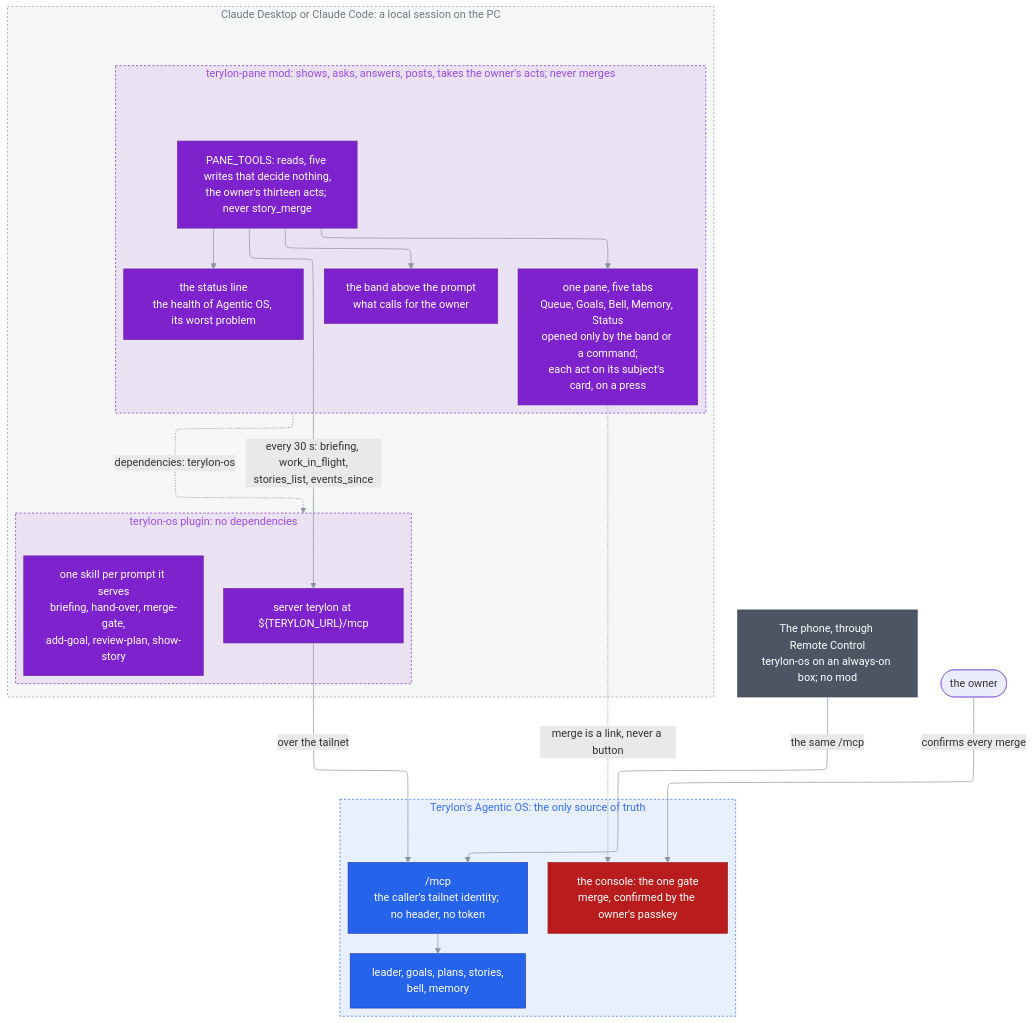
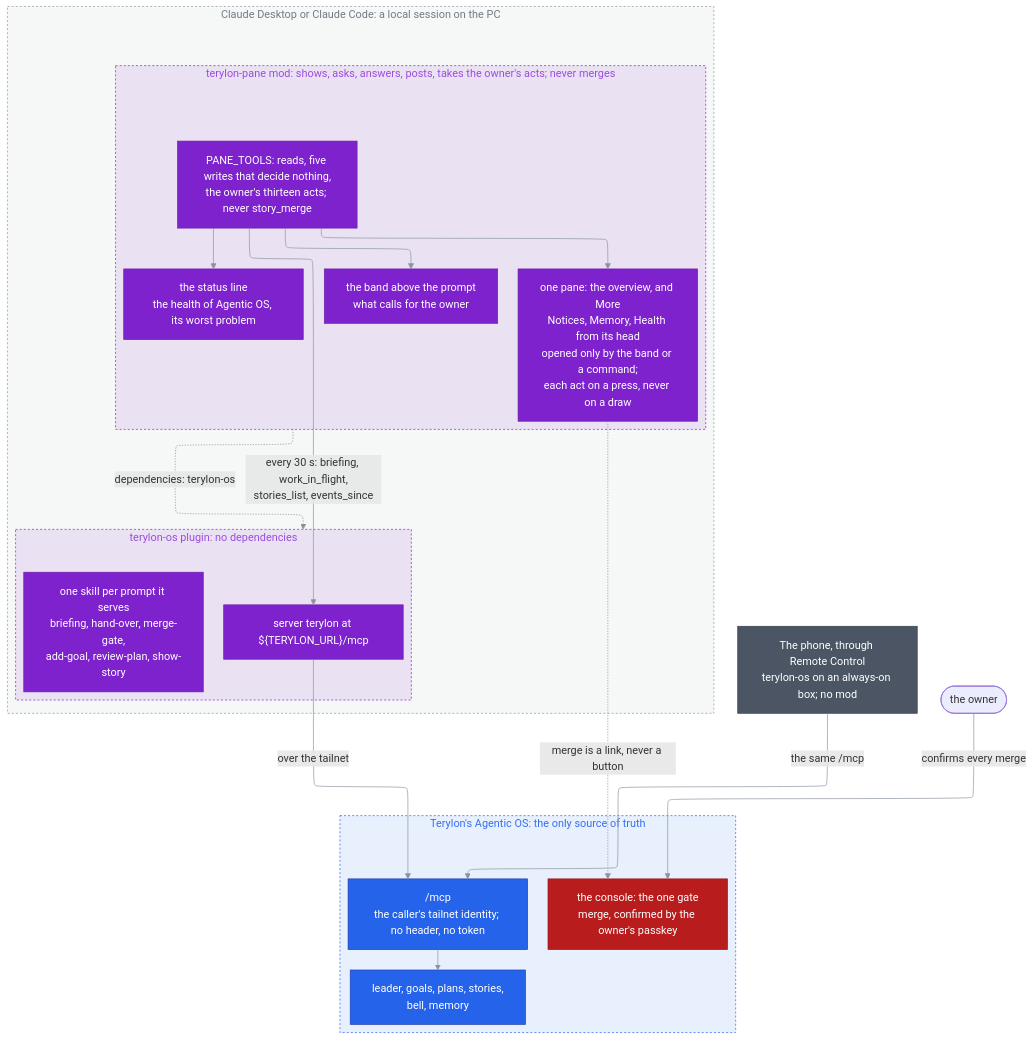
Before and after one commit to janecekvit/terylon-marketplace: the second of 2 diagrams in docs/architecture/README.md, drawn with Mermaid. The commit also changed other lines of this file and 63 other files, not shown here.

First line of the commit message:
Terylon Cockpit 1.20.5: one page of cards on the Flow pattern, a road per goal, and a test mode (#72)

````diff
--- a/docs/architecture/README.md
+++ b/docs/architecture/README.md
@@ -107,72 +107,72 @@
 ```mermaid
 flowchart TD
 %%{init: {"layout": "elk", "flowchart": {"padding": 16}}}%%
 %% terylon-os and its mod terylon-pane: how a session reaches Terylon's Agentic OS, the owner's
 %% acts the pane takes on their cards, and why merge, the one gate, stays in the console.
 %% The source of truth is this block: edit it here; nothing is generated from it.
 %% Why every surface goes through the one /mcp: one-source-of-truth-reached-from-two-places.md.
     %% One colour per kind, the palette of .claude/rules/markdown.md: Terylon's own plugins (purple),
     %% Agentic OS (blue), the gate (red), the phone (grey); the owner takes the theme's.
     %% No theme is set, so GitHub draws the block in its light or dark theme.
     classDef terylon fill:#7E22CE,stroke:#6B21A8,color:#FFFFFF
     classDef service fill:#2563EB,stroke:#1E40AF,color:#FFFFFF
     classDef gate fill:#B91C1C,stroke:#991B1B,color:#FFFFFF
     classDef external fill:#4B5563,stroke:#374151,color:#FFFFFF
 
     subgraph session ["Claude Desktop or Claude Code: a local session on the PC"]
         subgraph os ["terylon-os plugin: no dependencies"]
             %% The variable is drawn as written: Mermaid substitutes nothing inside a label.
             server["server terylon at ${TERYLON_URL}/mcp"]:::terylon
             skills["`one skill per prompt it serves
 briefing, hand-over, merge-gate,
 add-goal, review-plan, show-story`"]:::terylon
         end
 
         subgraph pane ["terylon-pane mod: shows, asks, answers, posts, takes the owner's acts; never merges"]
             allowList["`PANE_TOOLS: reads, five writes that decide nothing,
 the owner's thirteen acts; never story_merge`"]:::terylon
             band["`the band above the prompt
 what calls for the owner`"]:::terylon
             statusLine["`the status line
 the health of Agentic OS, its worst problem`"]:::terylon
-            tabs["`one pane, five tabs
-Queue, Goals, Bell, Memory, Status
+            tabs["`one pane: the overview, and More
+Notices, Memory, Health from its head
 opened only by the band or a command;
-each act on its subject's card, on a press`"]:::terylon
+each act on a press, never on a draw`"]:::terylon
         end
     end
 
     phone["`The phone, through Remote Control
 terylon-os on an always-on box; no mod`"]:::external
 
     subgraph terylon ["Terylon's Agentic OS: the only source of truth"]
         mcp["`/mcp
 the caller's tailnet identity; no header, no token`"]:::service
         leader["`leader, goals, plans, stories,
 bell, memory`"]:::service
         console["`the console: the one gate
 merge, confirmed by the owner's passkey`"]:::gate
     end
 
     %% No class: the theme colours the owner, so it stays readable in light and dark mode alike.
     person(["the owner"])
 
     pane -.->|"dependencies: terylon-os"| os
     server -->|"over the tailnet"| mcp
     allowList -->|"`every 30 s: briefing, work_in_flight,
 stories_list, events_since`"| server
     allowList --> band
     allowList --> statusLine
     allowList --> tabs
     tabs -.->|"merge is a link, never a button"| console
     phone -->|"the same /mcp"| mcp
     mcp --> leader
     person -->|"confirms every merge"| console
 
     %% The session is the large area, so its fill is the fainter 14.
     style session fill:#8B949E14,stroke:#8B949E,color:#717B87,stroke-dasharray:3 3
     style os fill:#7E22CE1A,stroke:#7E22CE,color:#9C4CE2,stroke-dasharray:3 3
     style pane fill:#7E22CE1A,stroke:#7E22CE,color:#9C4CE2,stroke-dasharray:3 3
     style terylon fill:#2563EB1A,stroke:#2563EB,color:#3770ED,stroke-dasharray:3 3
     linkStyle default stroke:#8B949E
 ```
````
